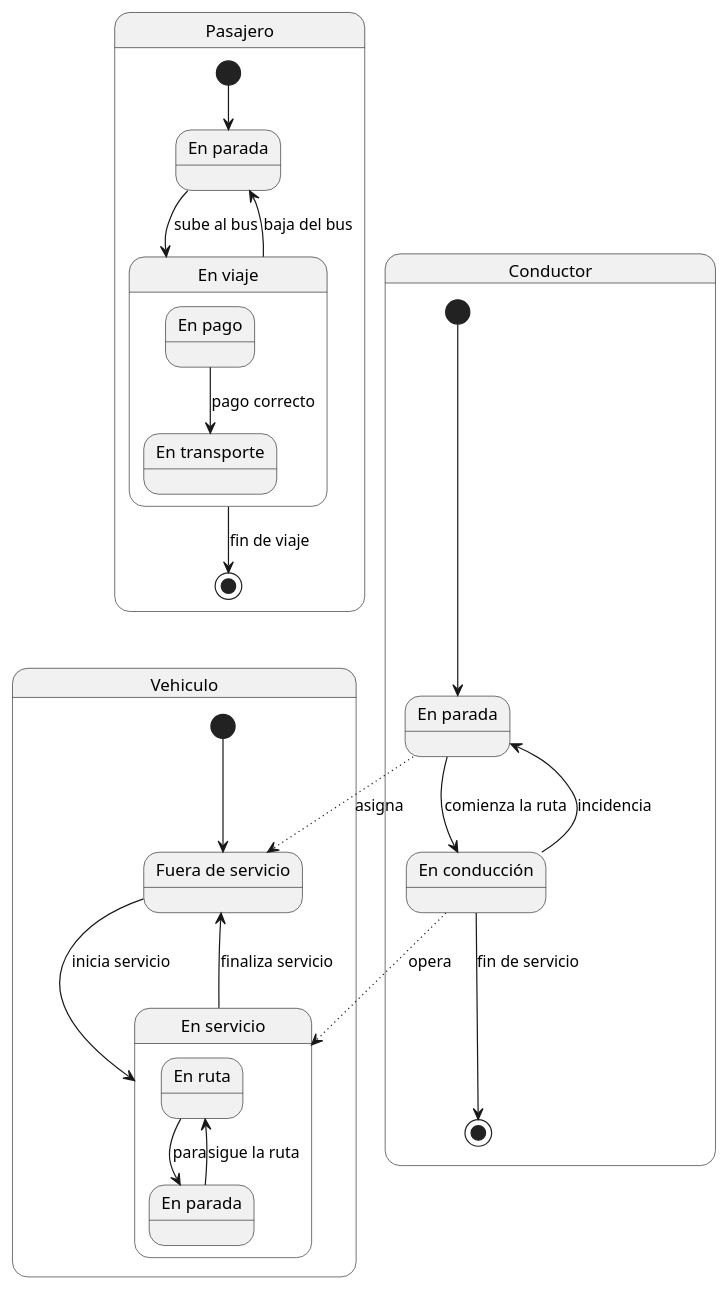
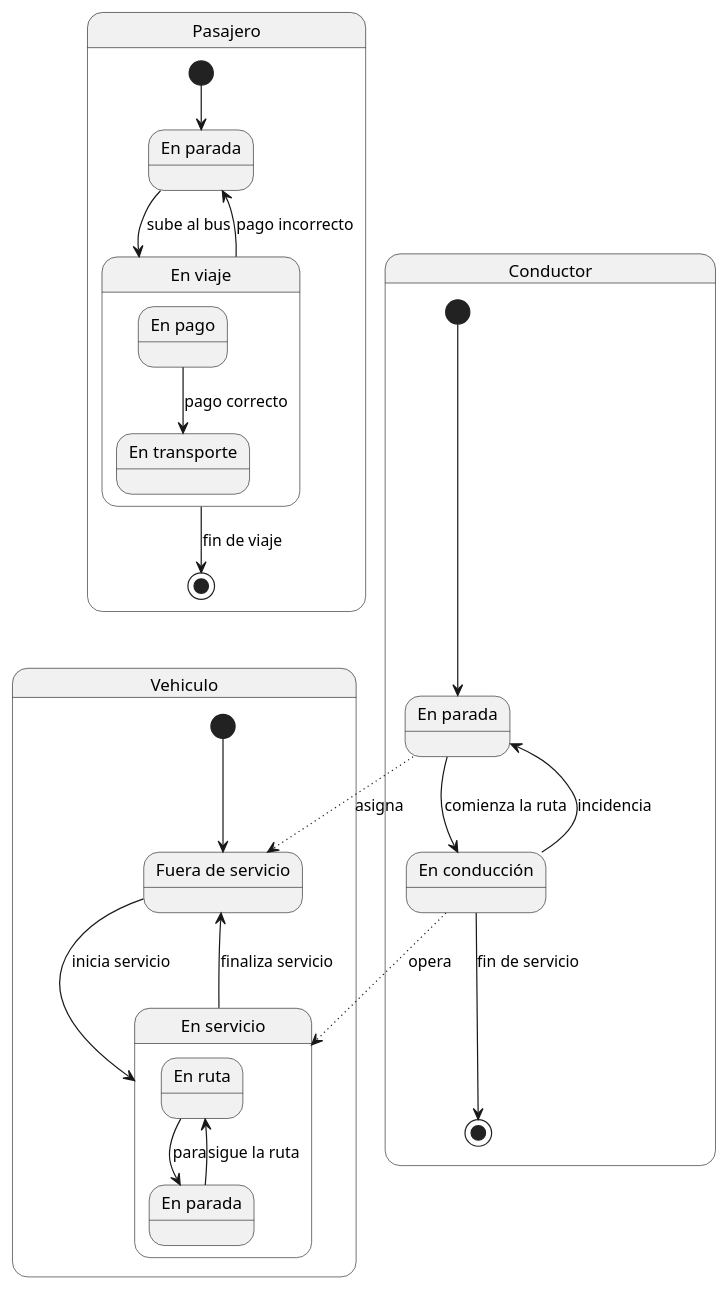
The diagram in modelosUML/examenMejorado/diagramaEstados.puml (Ingenieria-Informatica-UNEATLANTICO/app-actividad-post-parcial-ceesargaarcia), drawn with PlantUML before and after one commit. The commit also changed 3 other files, not shown here.

Commit message:
diagramas simplificados

```diff
--- a/modelosUML/examenMejorado/diagramaEstados.puml
+++ b/modelosUML/examenMejorado/diagramaEstados.puml
@@ -1,40 +1,40 @@
 @startuml
 state Conductor {
     state "En parada" as conductorParado
     state "En conducción" as conduccion
     [*] --> conductorParado
     conductorParado --> conduccion : comienza la ruta
     conduccion --> conductorParado : incidencia
     conduccion --> [*] : fin de servicio
 }
 
 state Vehiculo {
     state "Fuera de servicio" as fueraServicio
     state "En servicio" as enServicio {
         state "En ruta" as enRuta
         state "En parada" as vehiculoEnParada
         enRuta --> vehiculoEnParada : para
         vehiculoEnParada --> enRuta : sigue la ruta
     }
     [*] --> fueraServicio
     fueraServicio --> enServicio : inicia servicio
     enServicio --> fueraServicio : finaliza servicio
 }
 
 state Pasajero {
     state "En parada" as pasajeroEnParada
     state "En viaje" as enViaje {
         state "En pago" as enPago
         state "En transporte" as enTransporte
         enPago --> enTransporte : pago correcto
     }
     [*] --> pasajeroEnParada
     pasajeroEnParada --> enViaje : sube al bus
-    enViaje --> pasajeroEnParada : baja del bus
+    enViaje --> pasajeroEnParada : pago incorrecto
     enViaje --> [*] : fin de viaje
 }
 
 ' Relaciones simplificadas entre estados
 conductorParado -[dotted]-> fueraServicio : asigna
 conduccion -[dotted]-> enServicio : opera
 @enduml
```
